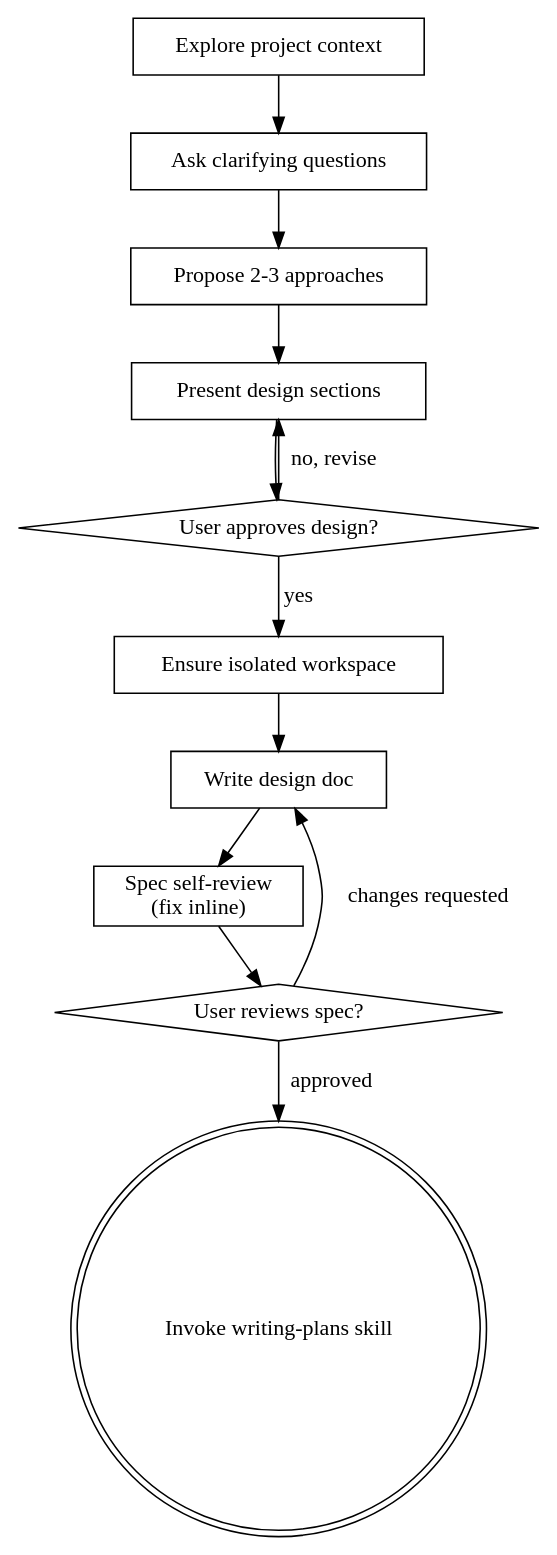
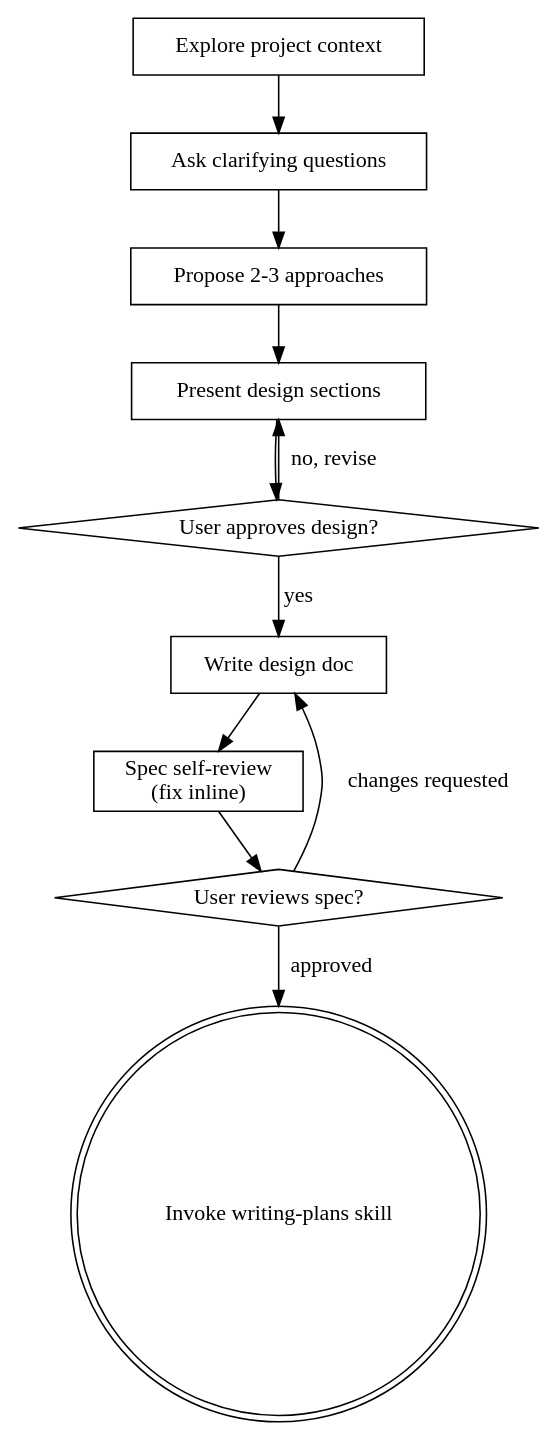
The diagram in skills/brainstorming/SKILL.md (blueman82/coderails), drawn with Graphviz before and after one commit.

Commit message:
Update documentation: SKILL.md via Edit [2026-07-11 18:58]

````diff
--- a/skills/brainstorming/SKILL.md
+++ b/skills/brainstorming/SKILL.md
@@ -36,26 +36,24 @@
 ```dot
 digraph brainstorming {
     "Explore project context" [shape=box];
     "Ask clarifying questions" [shape=box];
     "Propose 2-3 approaches" [shape=box];
     "Present design sections" [shape=box];
     "User approves design?" [shape=diamond];
-    "Ensure isolated workspace" [shape=box];
     "Write design doc" [shape=box];
     "Spec self-review\n(fix inline)" [shape=box];
     "User reviews spec?" [shape=diamond];
     "Invoke writing-plans skill" [shape=doublecircle];
 
     "Explore project context" -> "Ask clarifying questions";
     "Ask clarifying questions" -> "Propose 2-3 approaches";
     "Propose 2-3 approaches" -> "Present design sections";
     "Present design sections" -> "User approves design?";
     "User approves design?" -> "Present design sections" [label="no, revise"];
-    "User approves design?" -> "Ensure isolated workspace" [label="yes"];
-    "Ensure isolated workspace" -> "Write design doc";
+    "User approves design?" -> "Write design doc" [label="yes"];
     "Write design doc" -> "Spec self-review\n(fix inline)";
     "Spec self-review\n(fix inline)" -> "User reviews spec?";
     "User reviews spec?" -> "Write design doc" [label="changes requested"];
     "User reviews spec?" -> "Invoke writing-plans skill" [label="approved"];
 }
 ```
````
